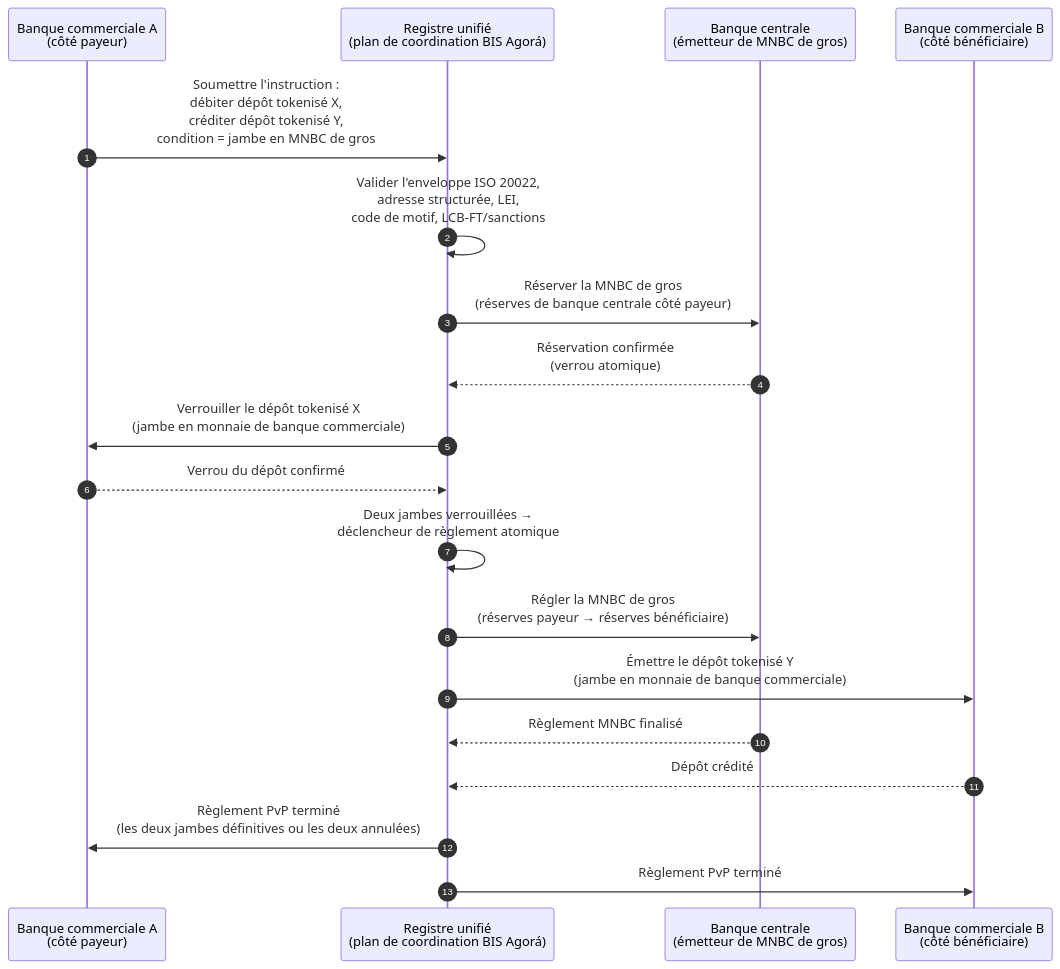
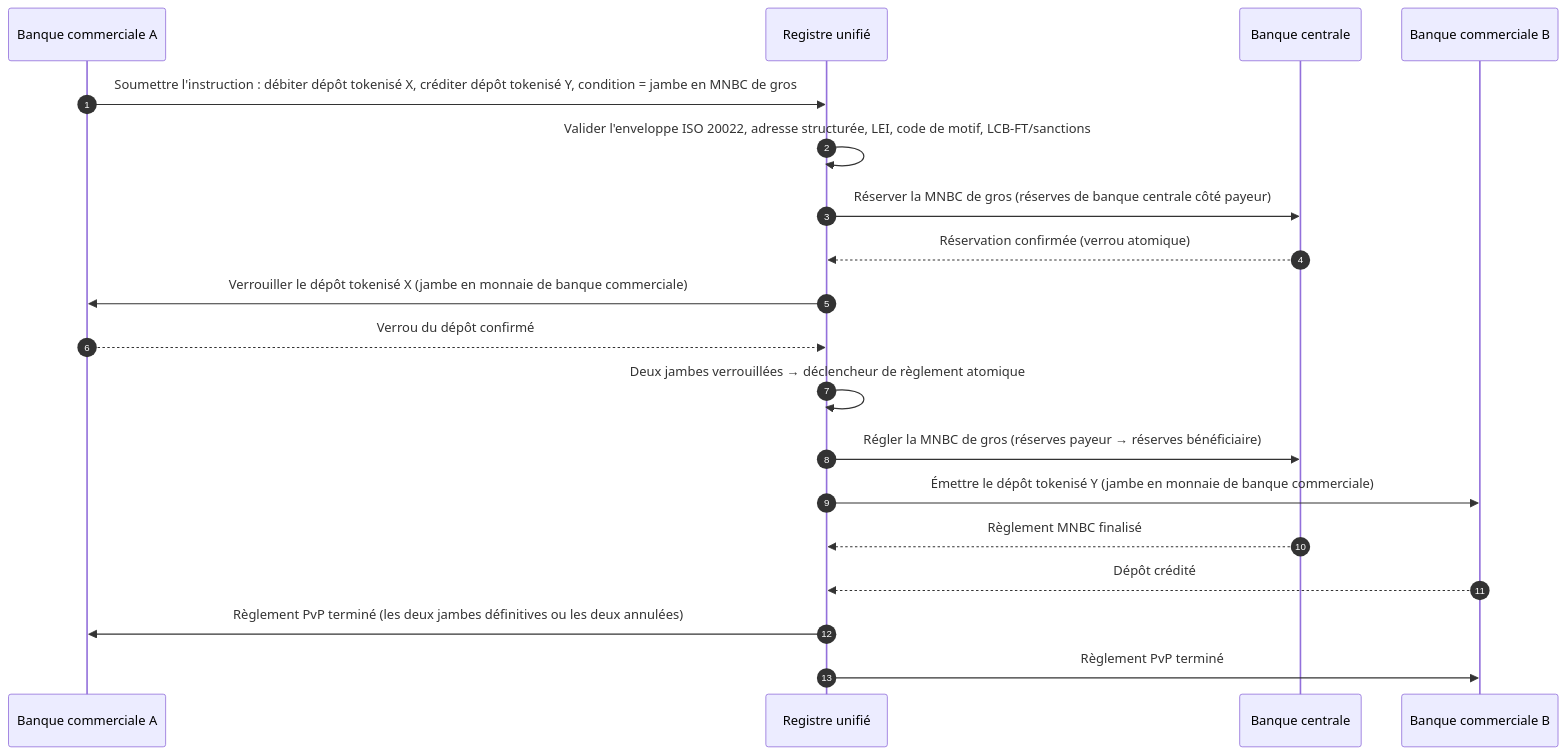
Before and after one commit to sebastienrousseau/sebastienrousseau.github.io: the diagram in _posts/fr/2026-06-06-wholesale-payments-index-iso20022-tokenised-deposits-cross-border-2026.md, drawn with Mermaid. The commit also changed 2231 other files, not shown here.

First line of the commit message:
fix(mermaid): unblock Mermaid v10 rendering end-to-end (#198)

````diff
--- a/_posts/fr/2026-06-06-wholesale-payments-index-iso20022-tokenised-deposits-cross-border-2026.md
+++ b/_posts/fr/2026-06-06-wholesale-payments-index-iso20022-tokenised-deposits-cross-border-2026.md
@@ -170,22 +170,21 @@
 ```mermaid
 sequenceDiagram
     autonumber
-    participant CB_A as Banque commerciale A<br/>(côté payeur)
-    participant UL as Registre unifié<br/>(plan de coordination BIS Agorá)
-    participant CBNK as Banque centrale<br/>(émetteur de MNBC de gros)
-    participant CB_B as Banque commerciale B<br/>(côté bénéficiaire)
-
-    CB_A->>UL: Soumettre l'instruction :<br/>débiter dépôt tokenisé X,<br/>créditer dépôt tokenisé Y,<br/>condition = jambe en MNBC de gros
-    UL->>UL: Valider l'enveloppe ISO 20022,<br/>adresse structurée, LEI,<br/>code de motif, LCB-FT/sanctions
-    UL->>CBNK: Réserver la MNBC de gros<br/>(réserves de banque centrale côté payeur)
-    CBNK-->>UL: Réservation confirmée<br/>(verrou atomique)
-    UL->>CB_A: Verrouiller le dépôt tokenisé X<br/>(jambe en monnaie de banque commerciale)
+    participant CB_A as Banque commerciale A
+    participant UL as Registre unifié
+    participant CBNK as Banque centrale
+    participant CB_B as Banque commerciale B
+    CB_A->>UL: Soumettre l'instruction : débiter dépôt tokenisé X, créditer dépôt tokenisé Y, condition = jambe en MNBC de gros
+    UL->>UL: Valider l'enveloppe ISO 20022, adresse structurée, LEI, code de motif, LCB-FT/sanctions
+    UL->>CBNK: Réserver la MNBC de gros (réserves de banque centrale côté payeur)
+    CBNK-->>UL: Réservation confirmée (verrou atomique)
+    UL->>CB_A: Verrouiller le dépôt tokenisé X (jambe en monnaie de banque commerciale)
     CB_A-->>UL: Verrou du dépôt confirmé
-    UL->>UL: Deux jambes verrouillées →<br/>déclencheur de règlement atomique
-    UL->>CBNK: Régler la MNBC de gros<br/>(réserves payeur → réserves bénéficiaire)
-    UL->>CB_B: Émettre le dépôt tokenisé Y<br/>(jambe en monnaie de banque commerciale)
+    UL->>UL: Deux jambes verrouillées → déclencheur de règlement atomique
+    UL->>CBNK: Régler la MNBC de gros (réserves payeur → réserves bénéficiaire)
+    UL->>CB_B: Émettre le dépôt tokenisé Y (jambe en monnaie de banque commerciale)
     CBNK-->>UL: Règlement MNBC finalisé
     CB_B-->>UL: Dépôt crédité
-    UL->>CB_A: Règlement PvP terminé<br/>(les deux jambes définitives ou les deux annulées)
+    UL->>CB_A: Règlement PvP terminé (les deux jambes définitives ou les deux annulées)
     UL->>CB_B: Règlement PvP terminé
 ```
````
